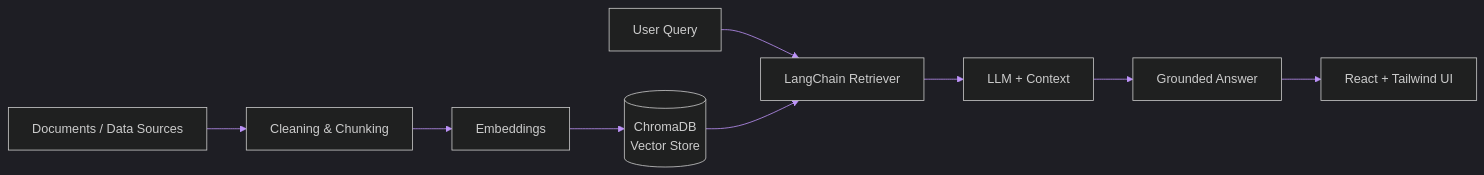
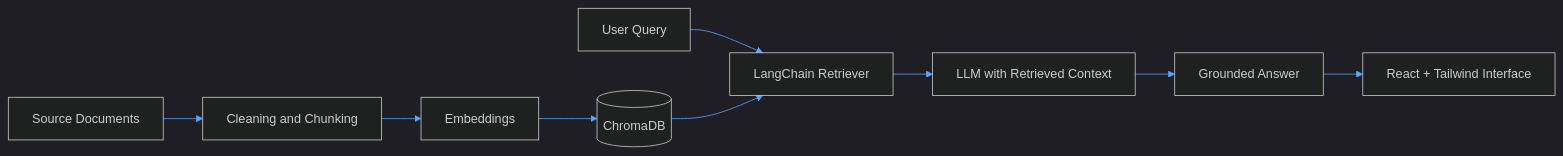
One commit to shahansha01/shahansha01 changed the diagram in README.md. Above: the diagram before and after it, drawn with Mermaid. The commit also changed other lines of this file, not shown here.

````diff
--- a/README.md
+++ b/README.md
@@ -39,12 +50,12 @@
 ```mermaid
-%%{init: {'theme':'dark','themeVariables':{'primaryColor':'#0D1117','primaryBorderColor':'#00FF9C','primaryTextColor':'#E6EDF3','lineColor':'#BD93F9','secondaryColor':'#161B22','tertiaryColor':'#0D1117','fontFamily':'monospace'}}}%%
+%%{init: {'theme':'dark','themeVariables':{'primaryColor':'#161B22','primaryBorderColor':'#30363D','primaryTextColor':'#E6EDF3','lineColor':'#58A6FF','secondaryColor':'#0D1117','tertiaryColor':'#0D1117','fontFamily':'ui-sans-serif, system-ui'}}}%%
 flowchart LR
-    A[Documents / Data Sources] --> B[Cleaning & Chunking]
+    A[Source Documents] --> B[Cleaning and Chunking]
     B --> C[Embeddings]
-    C --> D[(ChromaDB<br/>Vector Store)]
-    E[User Query] --> F[LangChain Retriever]
-    D --> F
-    F --> G[LLM + Context]
-    G --> H[Grounded Answer]
-    H --> I[React + Tailwind UI]
+    C --> D[(ChromaDB)]
+    Q[User Query] --> R[LangChain Retriever]
+    D --> R
+    R --> L[LLM with Retrieved Context]
+    L --> S[Grounded Answer]
+    S --> U[React + Tailwind Interface]
 ```
````
